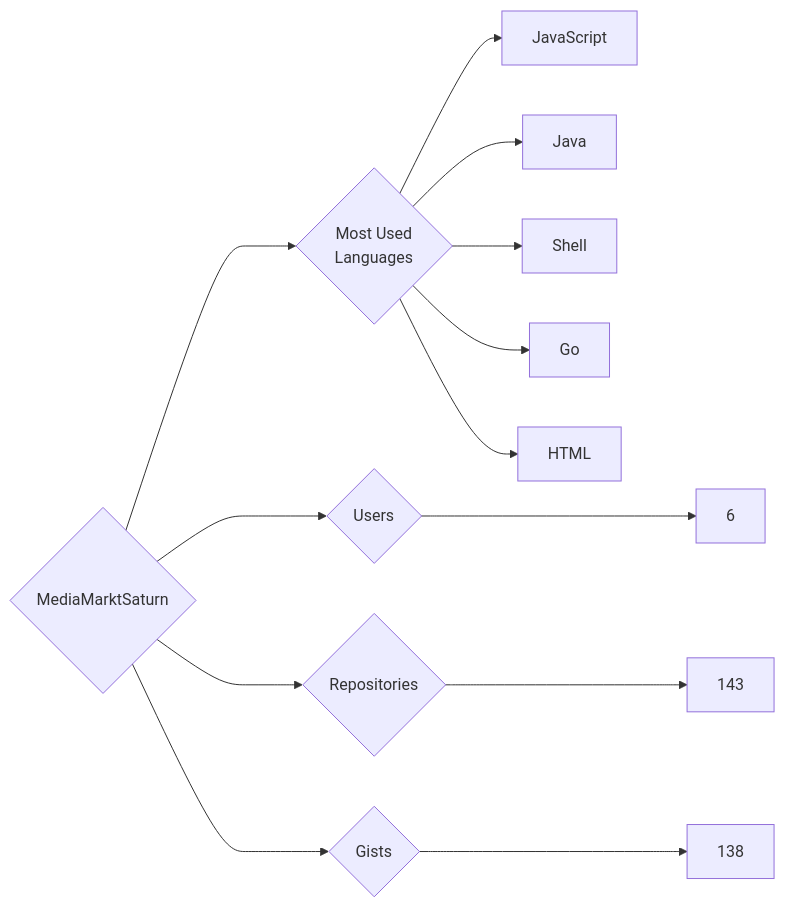
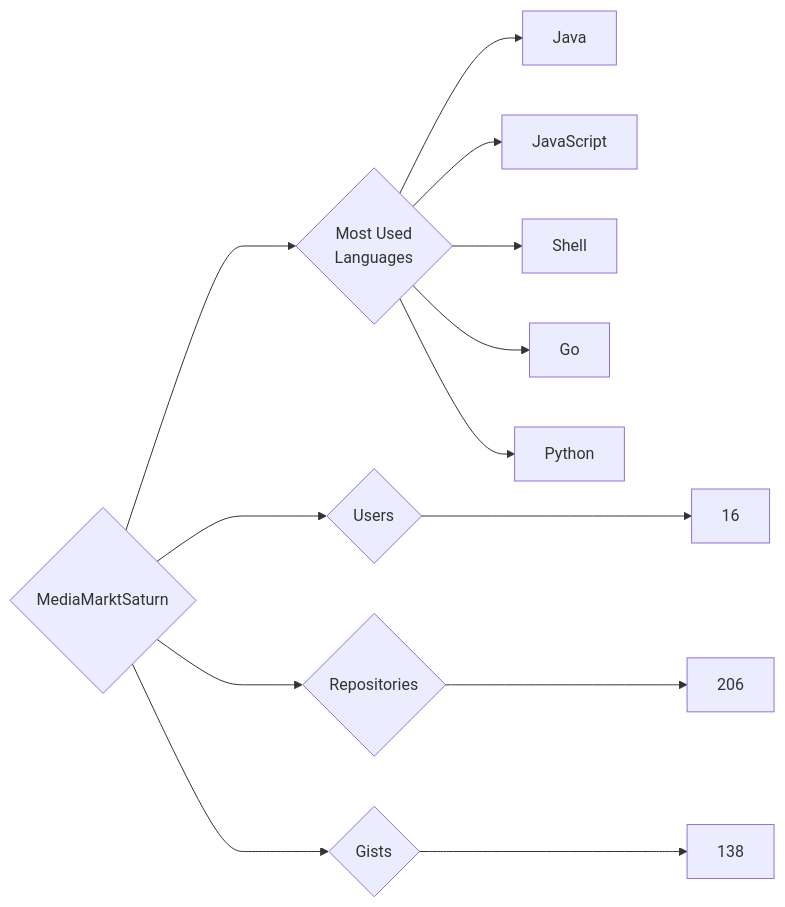
Before and after one commit to trickest/insiders: the diagram in targets/MediaMarktSaturn/README.md, drawn with Mermaid. The commit also changed 765 other files, not shown here.

````diff
--- a/targets/MediaMarktSaturn/README.md
+++ b/targets/MediaMarktSaturn/README.md
@@ -3,13 +3,13 @@
 ```mermaid
 graph LR
 COMPANY_NAME{MediaMarktSaturn}
-COMPANY_NAME ---> U{Users} ---> UN[6]
-COMPANY_NAME ---> R{Repositories} ---> RN[143]
+COMPANY_NAME ---> U{Users} ---> UN[16]
+COMPANY_NAME ---> R{Repositories} ---> RN[206]
 COMPANY_NAME ---> G{Gists} ---> GN[138]
 COMPANY_NAME ---> ML{Most Used<br>Languages}
+ML --> Java[Java]
 ML --> JavaScript[JavaScript]
-ML --> Java[Java]
 ML --> Shell[Shell]
 ML --> Go[Go]
-ML --> HTML[HTML]
+ML --> Python[Python]
 ```
````
